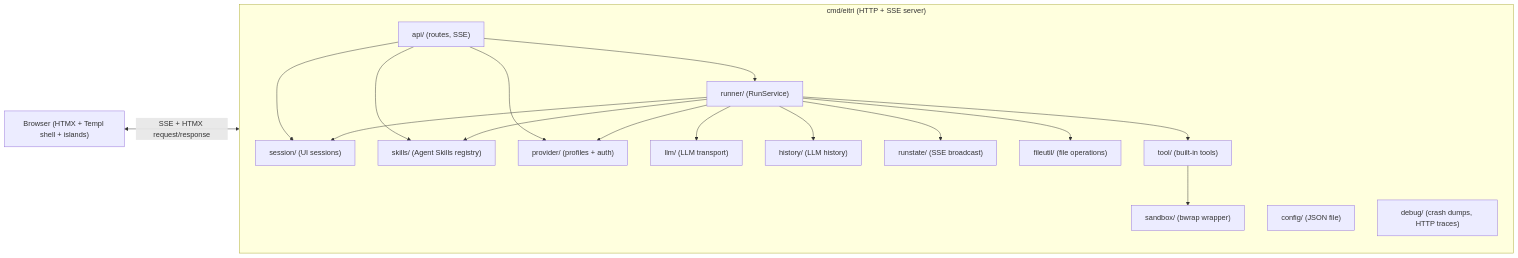
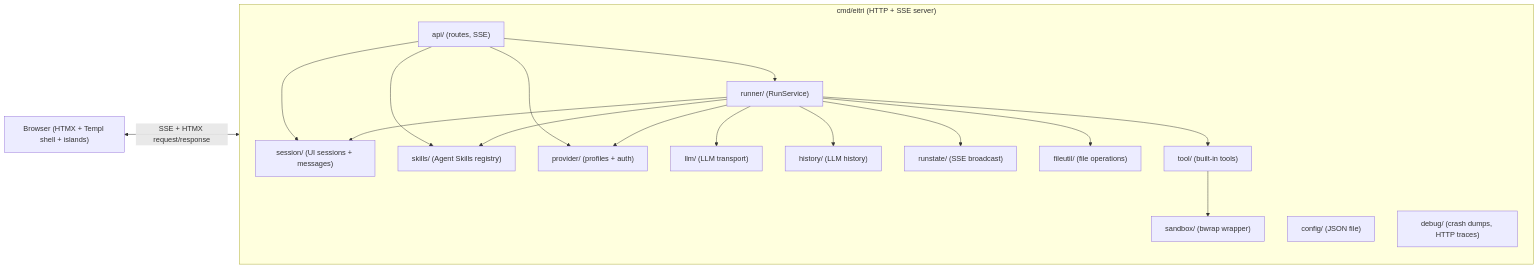
One commit to glemsom/eitri changed the first of 2 diagrams in docs/ARCHITECTURE.md. Above: the diagram before and after it, drawn with Mermaid. The commit also changed 9 other files, not shown here.

````diff
--- a/docs/ARCHITECTURE.md
+++ b/docs/ARCHITECTURE.md
@@ -10,35 +10,35 @@
 ```mermaid
 flowchart LR
     Browser["Browser (HTMX + Templ shell + islands)"]
 
     subgraph Server["cmd/eitri (HTTP + SSE server)"]
         API["api/ (routes, SSE)"]
         RunSvc["runner/ (RunService)"]
-        UISess["session/ (UI sessions)"]
+        UISess["session/ (UI sessions + messages)"]
         LLMHist["history/ (LLM history)"]
         LLMTrp["llm/ (LLM transport)"]
         RunSt["runstate/ (SSE broadcast)"]
         FileUtil["fileutil/ (file operations)"]
         Skills["skills/ (Agent Skills registry)"]
         Tools["tool/ (built-in tools)"]
         Sandbox["sandbox/ (bwrap wrapper)"]
         Config["config/ (JSON file)"]
         Provider["provider/ (profiles + auth)"]
         Debug["debug/ (crash dumps, HTTP traces)"]
     end
 
     Browser <-->|SSE + HTMX request/response| Server
     API --> RunSvc
     API --> UISess
     API --> Skills
     API --> Provider
     RunSvc --> LLMTrp
     RunSvc --> LLMHist
     RunSvc --> RunSt
     RunSvc --> FileUtil
     RunSvc --> Skills
     RunSvc --> UISess
     RunSvc --> Provider
     RunSvc --> Tools
     Tools --> Sandbox
 ```
````
